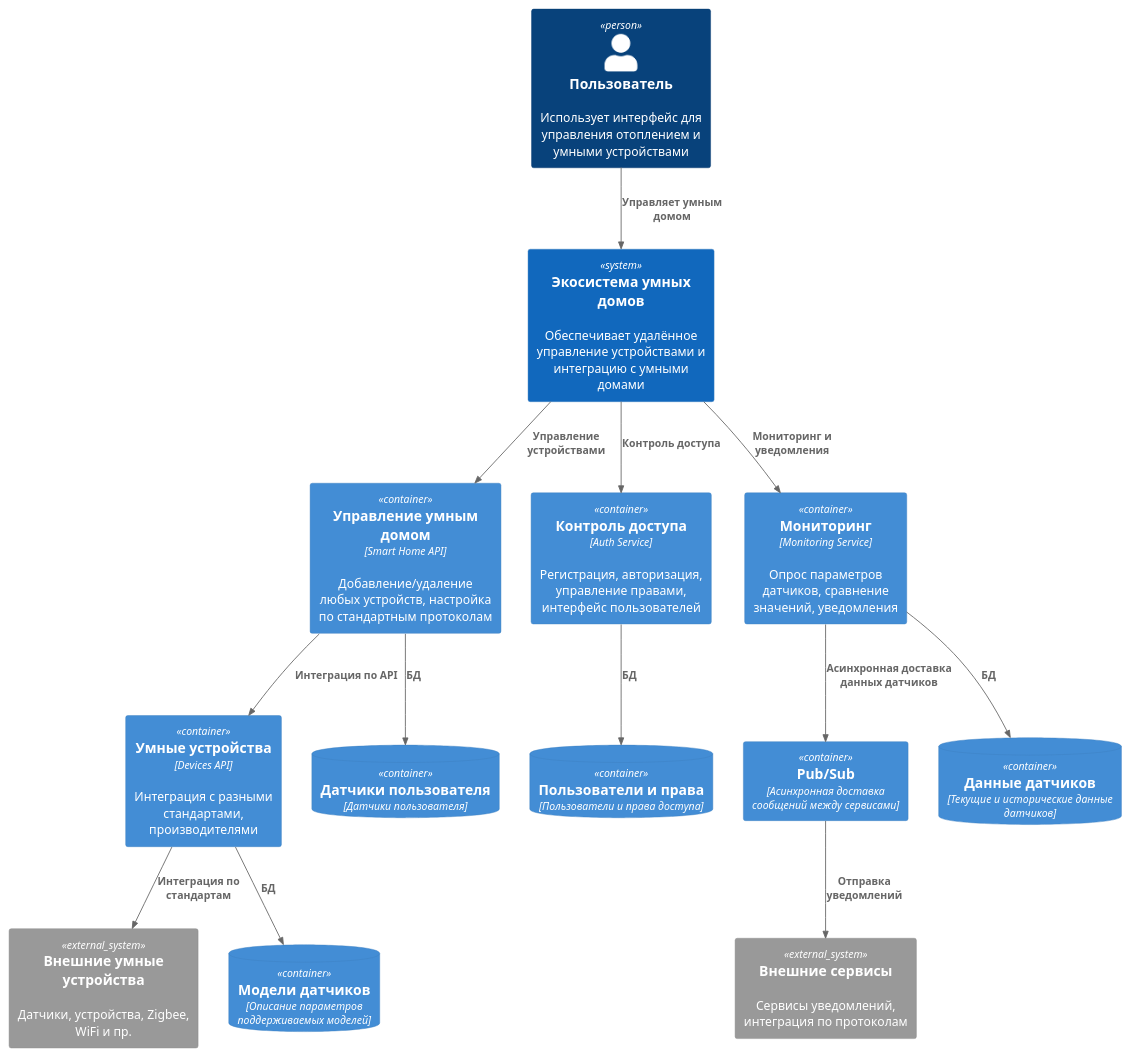
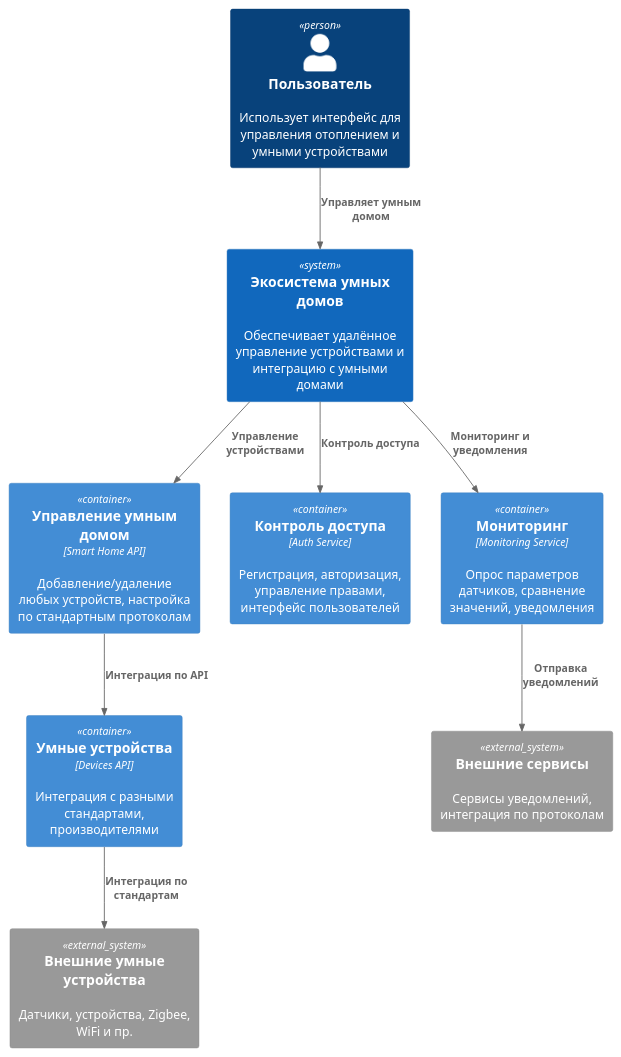
The diagram in docs/container.puml (Savonaro1a/architecture-warmhouse), drawn with PlantUML before and after one commit. The commit also changed 4 other files, not shown here.

Commit message:
диаграммы

```diff
--- a/docs/container.puml
+++ b/docs/container.puml
@@ -1,42 +1,30 @@
 @startuml
 !include <C4/C4_Container>
 !include <C4/C4_Context.puml>
 !include <C4/C4_Container.puml>
 !include <C4/C4_Component.puml>
 !include <C4/C4.puml>
 !include https://raw.githubusercontent.com/plantuml-stdlib/C4-PlantUML/master/C4_Context.puml
 
 Person(user, "Пользователь", "Использует интерфейс для управления отоплением и умными устройствами")
 
 System(system, "Экосистема умных домов", "Обеспечивает удалённое управление устройствами и интеграцию с умными домами")
 
 System_Ext(external_devices, "Внешние умные устройства", "Датчики, устройства, Zigbee, WiFi и пр.")
 System_Ext(external_services, "Внешние сервисы", "Сервисы уведомлений, интеграция по протоколам")
 
 Container(smart_home, "Управление умным домом", "Smart Home API", "Добавление/удаление любых устройств, настройка по стандартным протоколам")
 Container(devices, "Умные устройства", "Devices API", "Интеграция с разными стандартами, производителями")
 Container(access_control, "Контроль доступа", "Auth Service", "Регистрация, авторизация, управление правами, интерфейс пользователей")
 Container(monitoring, "Мониторинг", "Monitoring Service", "Опрос параметров датчиков, сравнение значений, уведомления")
-Container(pubsub, "Pub/Sub", "Асинхронная доставка сообщений между сервисами")
-
-ContainerDb(access_control_db, "Пользователи и права", "Пользователи и права доступа")
-ContainerDb(monitoring_db, "Данные датчиков", "Текущие и исторические данные датчиков")
-ContainerDb(devices_db, "Модели датчиков", "Описание параметров поддерживаемых моделей")
-ContainerDb(user_devices_db, "Датчики пользователя", "Датчики пользователя")
 
 Rel(user, system, "Управляет умным домом")
 Rel(system, smart_home, "Управление устройствами")
 Rel(system, access_control, "Контроль доступа")
 Rel(system, monitoring, "Мониторинг и уведомления")
-Rel(monitoring, pubsub, "Асинхронная доставка данных датчиков")
-
-Rel(access_control, access_control_db, "БД")
-Rel(monitoring, monitoring_db, "БД")
-Rel(devices, devices_db, "БД")
-Rel(smart_home, user_devices_db, "БД")
 
 Rel(smart_home, devices, "Интеграция по API")
-Rel(pubsub, external_services, "Отправка уведомлений")
+Rel(monitoring, external_services, "Отправка уведомлений")
 Rel(devices, external_devices, "Интеграция по стандартам")
 
 @enduml
```
